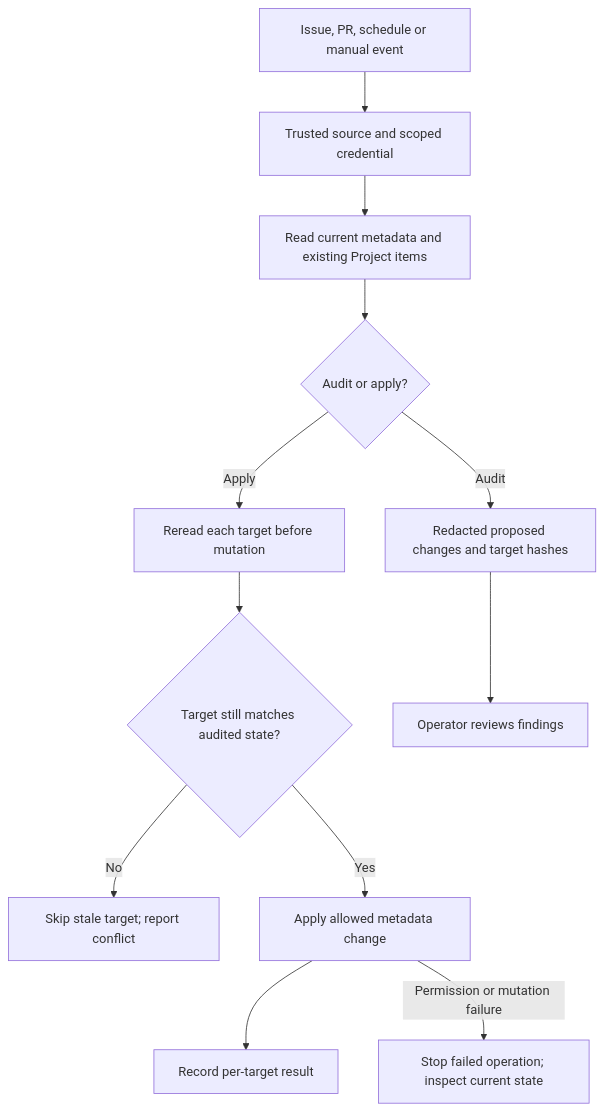
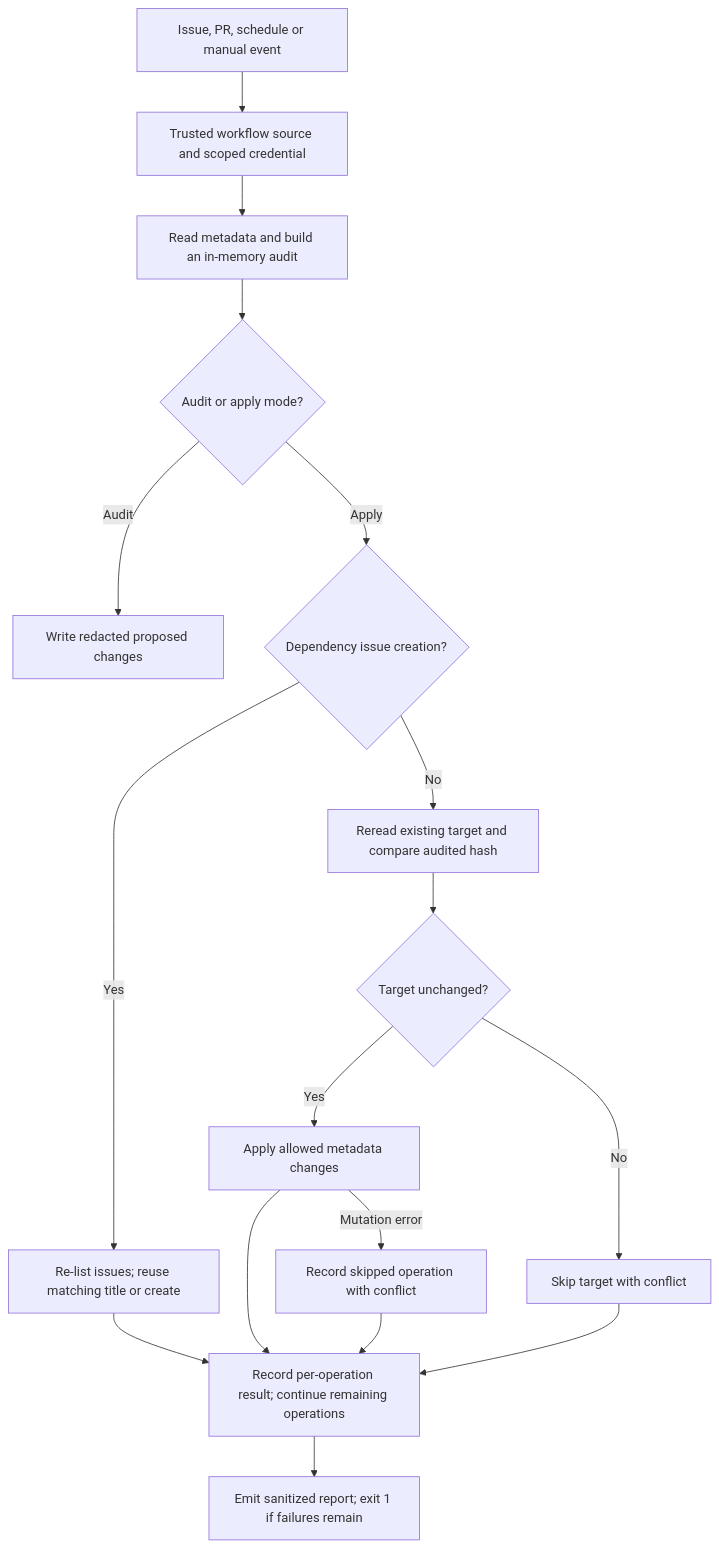
One commit to Soku-JINSEOK/Soku-Convention-Boilerplate changed the first of 2 diagrams in docs/guides/GITHUB_PROJECT_SYNC.md. Above: the diagram before and after it, drawn with Mermaid. The commit also changed other lines of this file and 30 other files, not shown here.

First line of the commit message:
📚 docs(diagrams): align English views with implemented behavior

````diff
--- a/docs/guides/GITHUB_PROJECT_SYNC.md
+++ b/docs/guides/GITHUB_PROJECT_SYNC.md
@@ -9,14 +9,19 @@
 ```mermaid
 flowchart TD
-  eventNode["Issue, PR, schedule or manual event"] --> trusted["Trusted source and scoped credential"]
-  trusted --> read["Read current metadata and existing Project items"]
-  read --> mode{"Audit or apply?"}
-  mode -->|"Audit"| report["Redacted proposed changes and target hashes"]
-  mode -->|"Apply"| fresh["Reread each target before mutation"]
-  fresh --> same{"Target still matches audited state?"}
-  same -->|"No"| stale["Skip stale target; report conflict"]
-  same -->|"Yes"| write["Apply allowed metadata change"]
-  write --> result["Record per-target result"]
-  write -->|"Permission or mutation failure"| failNode["Stop failed operation; inspect current state"]
-  report --> review["Operator reviews findings"]
+  eventNode["Issue, PR, schedule or manual event"] --> trusted["Trusted workflow source and scoped credential"]
+  trusted --> audit["Read metadata and build an in-memory audit"]
+  audit --> mode{"Audit or apply mode?"}
+  mode -->|"Audit"| report["Write redacted proposed changes"]
+  mode -->|"Apply"| kind{"Dependency issue creation?"}
+  kind -->|"Yes"| lookup["Re-list issues; reuse matching title or create"]
+  kind -->|"No"| fresh["Reread existing target and compare audited hash"]
+  fresh --> same{"Target unchanged?"}
+  same -->|"No"| stale["Skip target with conflict"]
+  same -->|"Yes"| write["Apply allowed metadata changes"]
+  lookup --> results["Record per-operation result; continue remaining operations"]
+  write --> results
+  write -->|"Mutation error"| skipped["Record skipped operation with conflict"]
+  skipped --> results
+  stale --> results
+  results --> finalNode["Emit sanitized report; exit 1 if failures remain"]
 ```
````
